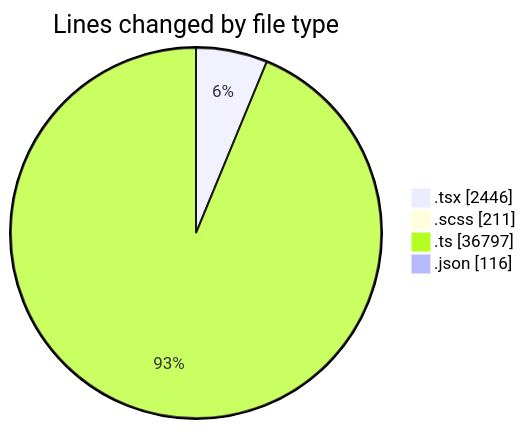
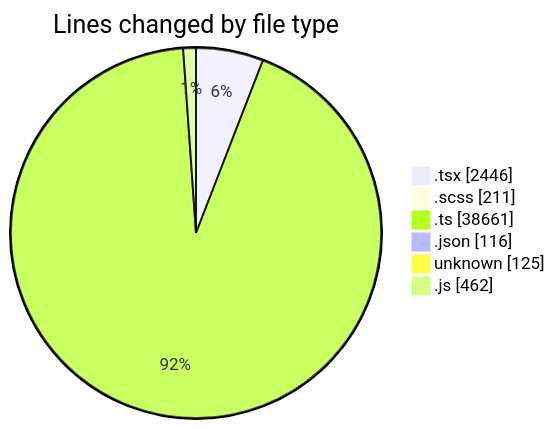
The first of 2 diagrams in 2026-09-04/cda/README.md (momahboobian/code-tracking), drawn with Mermaid before and after one commit. The commit also changed other lines of this file and 1 other file, not shown here.

````diff
--- a/2026-09-04/cda/README.md
+++ b/2026-09-04/cda/README.md
@@ -65,8 +70,10 @@
 ```mermaid
 pie showData
 title Lines changed by file type
 ".tsx" : 2446
 ".scss" : 211
-".ts" : 36797
+".ts" : 38661
 ".json" : 116
+"unknown" : 125
+".js" : 462
 ```
````
